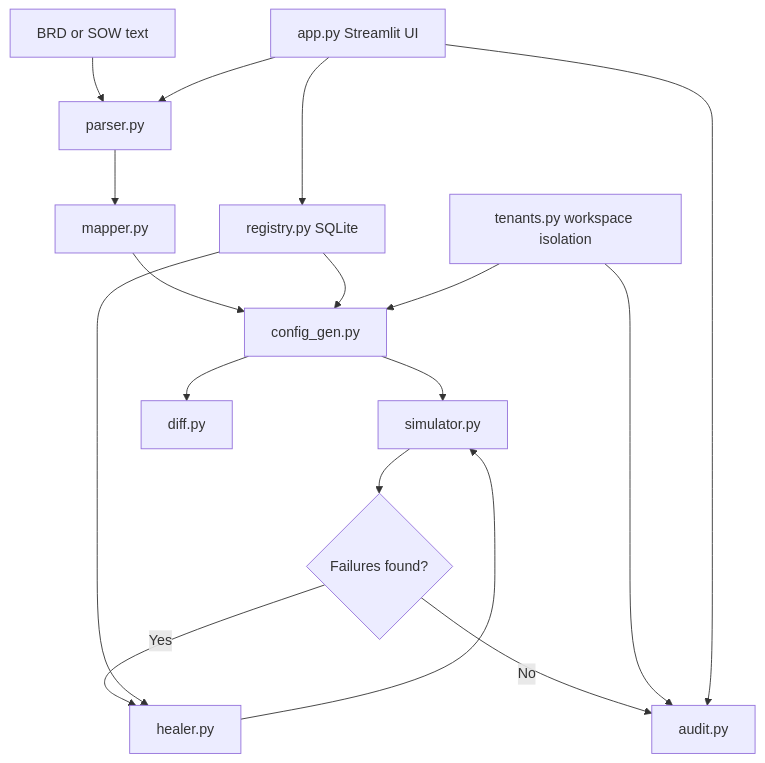
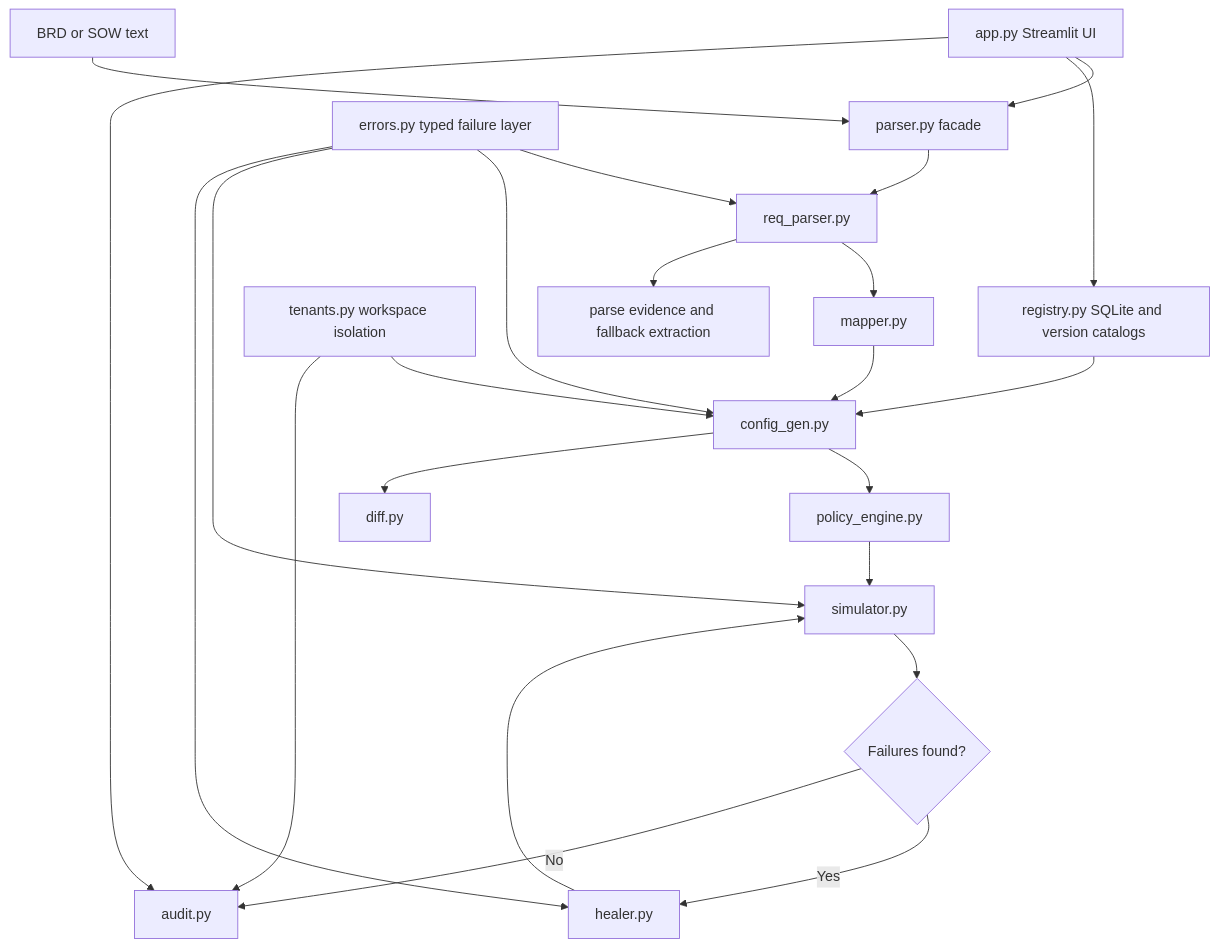
One commit to varun24-ops/finspark-engine changed the diagram in docs/architecture.mmd. Above: the diagram before and after it, drawn with Mermaid. The commit also changed 13 other files, not shown here.

Commit message:
Strengthen parser policy engine and version handling

```diff
--- a/docs/architecture.mmd
+++ b/docs/architecture.mmd
@@ -1,17 +1,23 @@
 flowchart TD
-    A[BRD or SOW text] --> B[parser.py]
-    B --> C[mapper.py]
-    C --> D[config_gen.py]
-    D --> E[simulator.py]
-    E --> F{Failures found?}
-    F -- Yes --> G[healer.py]
-    G --> E
-    F -- No --> H[audit.py]
-    D --> I[diff.py]
-    J[registry.py SQLite] --> D
-    J --> G
-    K[tenants.py workspace isolation] --> D
+    A[BRD or SOW text] --> B[parser.py facade]
+    B --> C[req_parser.py]
+    C --> D[mapper.py]
+    C --> E[parse evidence and fallback extraction]
+    D --> F[config_gen.py]
+    J[registry.py SQLite and version catalogs] --> F
+    F --> G[policy_engine.py]
+    G --> H[simulator.py]
+    H --> I{Failures found?}
+    I -- Yes --> K[healer.py]
     K --> H
-    L[app.py Streamlit UI] --> B
-    L --> J
-    L --> H
+    I -- No --> L[audit.py]
+    F --> M[diff.py]
+    N[tenants.py workspace isolation] --> F
+    N --> L
+    O[errors.py typed failure layer] --> C
+    O --> F
+    O --> H
+    O --> K
+    P[app.py Streamlit UI] --> B
+    P --> J
+    P --> L
```
